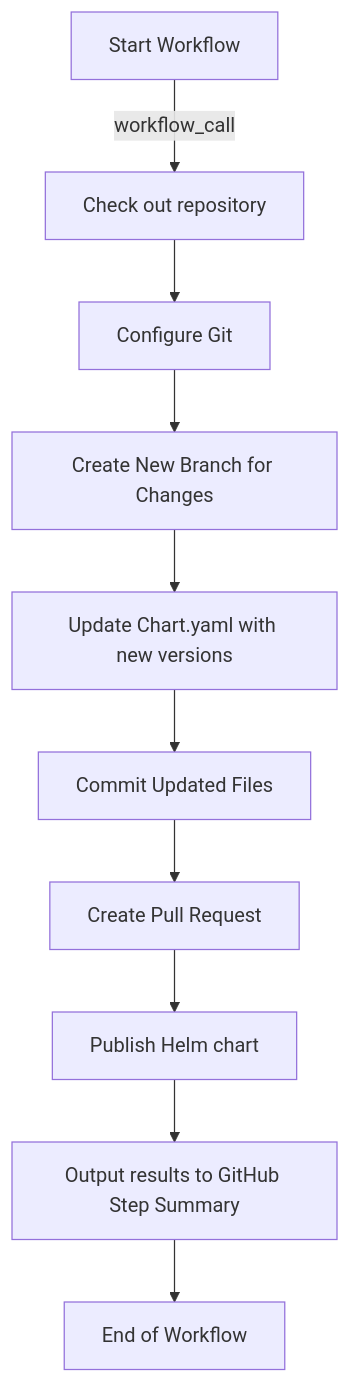
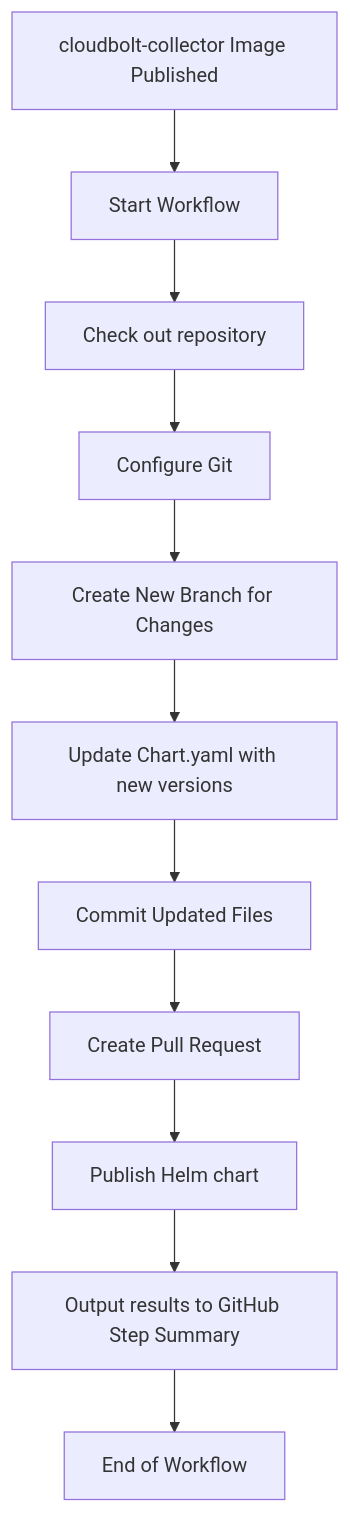
The diagram in README.md (CloudBoltSoftware/cloudbolt-collector-helm), drawn with Mermaid before and after one commit.

Commit message:
📝 docs(README.md): update workflow diagram to include image publishing step The workflow diagram in the README.md file has been updated to include the step where the cloudbolt-collector image is published. This provides a more accurate representation of the workflow, ensuring that users understand the process better.

````diff
--- a/README.md
+++ b/README.md
@@ -73,12 +73,13 @@
 ```mermaid
 graph TB
-    A[Start Workflow] -->|workflow_call| B[Check out repository]
+    K[cloudbolt-collector Image Published]-->A[workflow_call]
+    A[Start Workflow] -->B[Check out repository]
     B --> C[Configure Git]
     C --> D[Create New Branch for Changes]
     D --> E[Update Chart.yaml with new versions]
     E --> F[Commit Updated Files]
     F --> G[Create Pull Request]
     G --> H[Publish Helm chart]
     H --> I[Output results to GitHub Step Summary]
     I --> J[End of Workflow]
 ```
````
